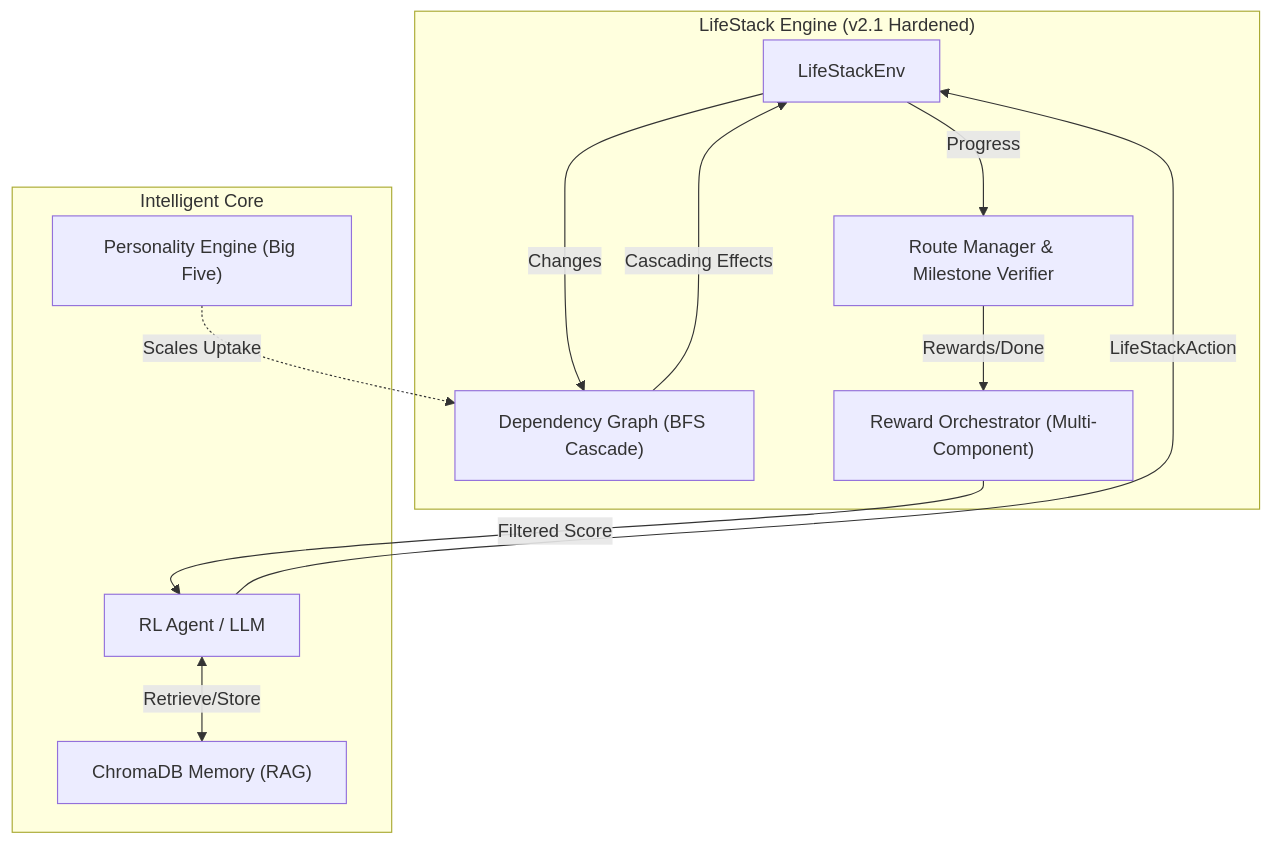
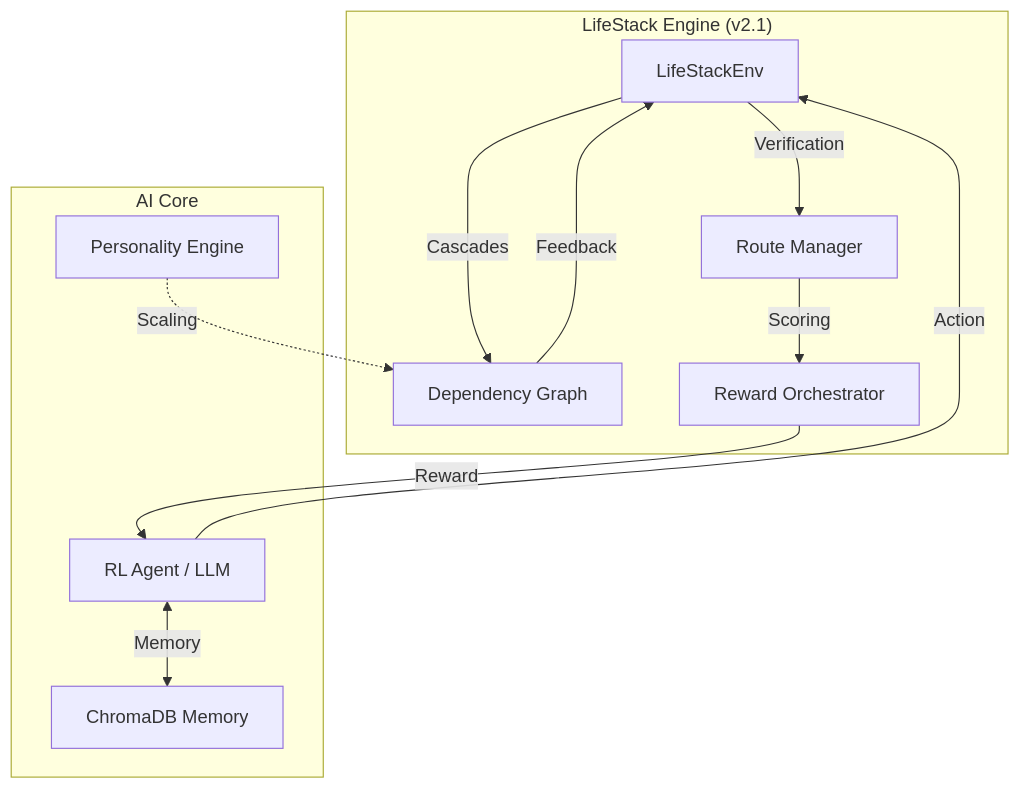
Before and after one commit to oki-dokii/Meta-R2: the diagram in README.md, drawn with Mermaid. The commit also changed other lines of this file, not shown here.

````diff
--- a/README.md
+++ b/README.md
@@ -52,24 +53,24 @@
 ```mermaid
 graph TD
-    subgraph "LifeStack Engine (v2.1 Hardened)"
+    subgraph "LifeStack Engine (v2.1)"
         Env["LifeStackEnv"]
-        DG["Dependency Graph (BFS Cascade)"]
-        RT["Route Manager & Milestone Verifier"]
-        RE["Reward Orchestrator (Multi-Component)"]
+        DG["Dependency Graph"]
+        RT["Route Manager"]
+        RE["Reward Orchestrator"]
     end
 
-    subgraph "Intelligent Core"
+    subgraph "AI Core"
         Agent["RL Agent / LLM"]
-        Mem["ChromaDB Memory (RAG)"]
-        Pers["Personality Engine (Big Five)"]
+        Mem["ChromaDB Memory"]
+        Pers["Personality Engine"]
     end
 
-    Agent -->|LifeStackAction| Env
-    Env -->|Changes| DG
-    DG -->|Cascading Effects| Env
-    Env -->|Progress| RT
-    RT -->|Rewards/Done| RE
-    RE -->|Filtered Score| Agent
-    Agent <-->|Retrieve/Store| Mem
-    Pers -.->|Scales Uptake| DG
+    Agent -->|Action| Env
+    Env -->|Cascades| DG
+    DG -->|Feedback| Env
+    Env -->|Verification| RT
+    RT -->|Scoring| RE
+    RE -->|Reward| Agent
+    Agent <-->|Memory| Mem
+    Pers -.->|Scaling| DG
 ```
````
